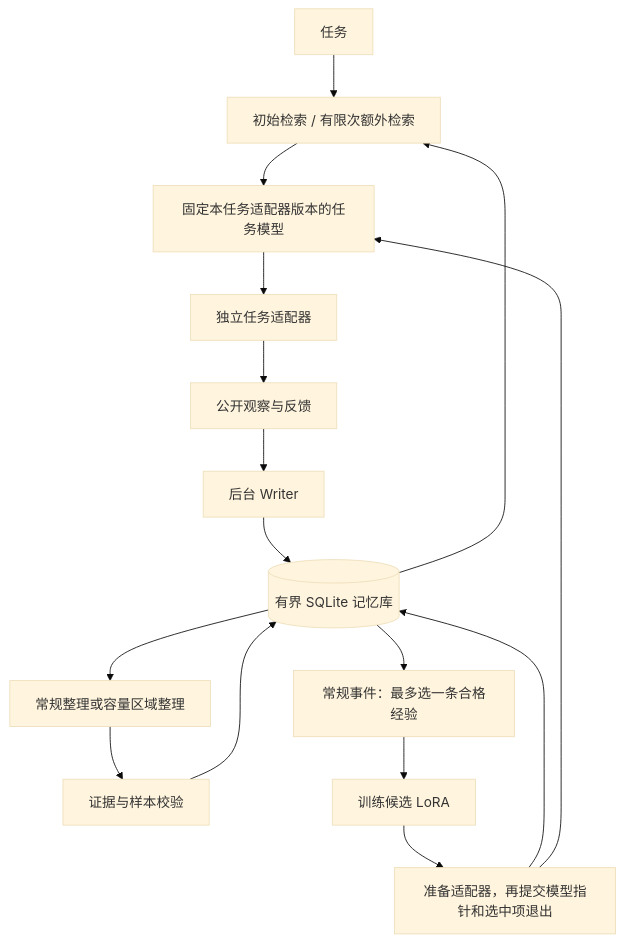
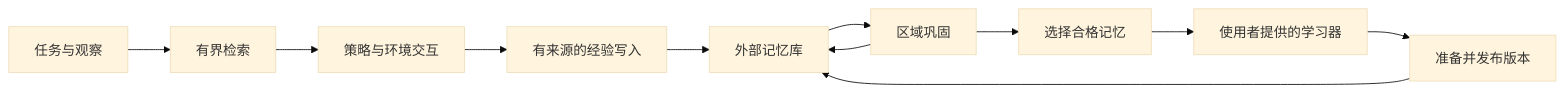
The diagram in docs/architecture.zh-CN.md (RuneTan/MemTurn), drawn with Mermaid (base theme) before and after one commit. The commit also changed other lines of this file and 117 other files, not shown here.

````diff
--- a/docs/architecture.zh-CN.md
+++ b/docs/architecture.zh-CN.md
@@ -7,18 +7,13 @@
 ```mermaid
-flowchart TD
-    Task[任务] --> Read[初始检索 / 有限次额外检索]
-    Bank[(有界 SQLite 记忆库)] --> Read
-    Read --> Policy[固定本任务适配器版本的任务模型]
-    Policy --> Env[独立任务适配器]
-    Env --> Trace[公开观察与反馈]
-    Trace --> Writer[后台 Writer]
-    Writer --> Bank
-    Bank --> Consolidator[常规整理或容量区域整理]
-    Consolidator --> Validate[证据与样本校验]
-    Validate --> Bank
-    Bank --> Select[常规事件：最多选一条合格经验]
-    Select --> SFT[训练候选 LoRA]
-    SFT --> Publish[准备适配器，再提交模型指针和选中项退出]
-    Publish --> Bank
-    Publish --> Policy
+flowchart LR
+  T[任务与观察] --> R[有界检索]
+  R --> A[策略与环境交互]
+  A --> W[有来源的经验写入]
+  W --> B[外部记忆库]
+  B --> C[区域巩固]
+  C --> B
+  C --> S[选择合格记忆]
+  S --> L[使用者提供的学习器]
+  L --> P[准备并发布版本]
+  P --> B
 ```
````
